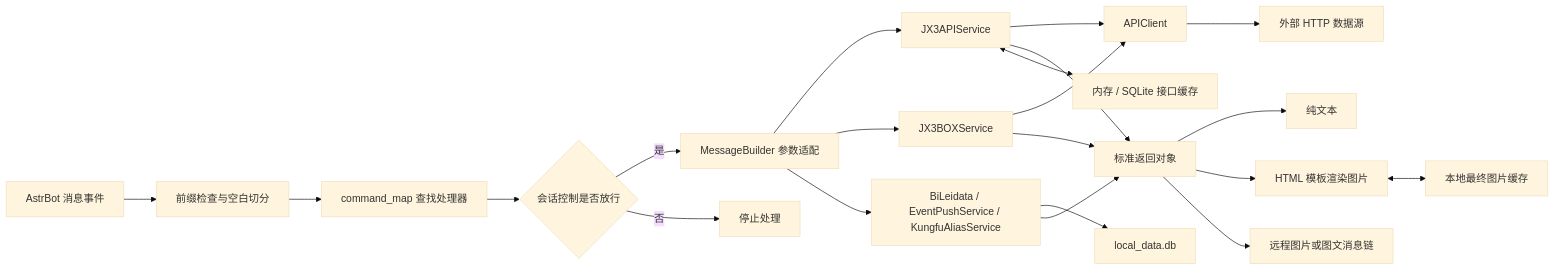
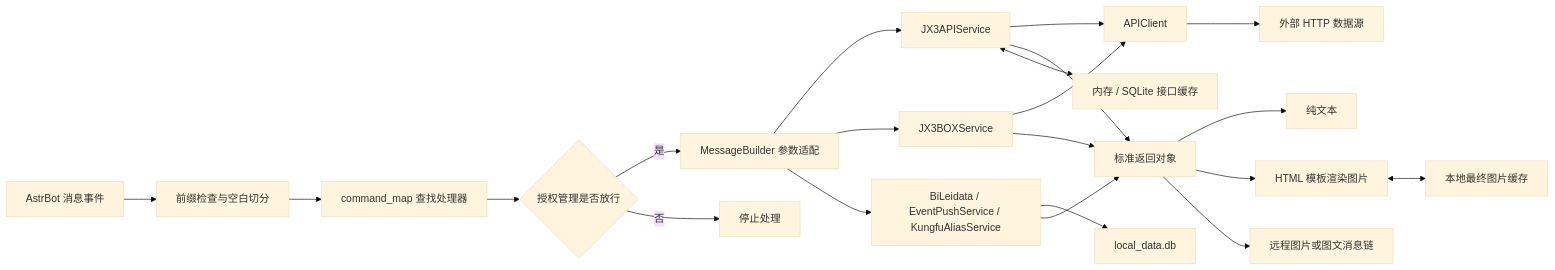
Before and after one commit to link0518/astrbot_plugin_jx3: the diagram in README.md, drawn with Mermaid (base theme). The commit also changed other lines of this file and 9 other files, not shown here.

````diff
--- a/README.md
+++ b/README.md
@@ -334,23 +333,23 @@
 ```mermaid
 flowchart LR
     A["AstrBot 消息事件"] --> B["前缀检查与空白切分"]
     B --> C["command_map 查找处理器"]
-    C --> K{"会话控制是否放行"}
+    C --> K{"授权管理是否放行"}
     K -->|是| D["MessageBuilder 参数适配"]
     K -->|否| X["停止处理"]
     D --> E1["JX3APIService"]
     D --> E2["JX3BOXService"]
     D --> E3["BiLeidata / EventPushService / KungfuAliasService"]
     E1 --> F["APIClient"]
     E2 --> F
     F --> G["外部 HTTP 数据源"]
     E3 --> H["local_data.db"]
     E1 --> I["标准返回对象"]
     E2 --> I
     E3 --> I
     I --> J1["纯文本"]
     I --> J2["HTML 模板渲染图片"]
     I --> J3["远程图片或图文消息链"]
     E1 <--> L["内存 / SQLite 接口缓存"]
     J2 <--> M["本地最终图片缓存"]
 ```
````
